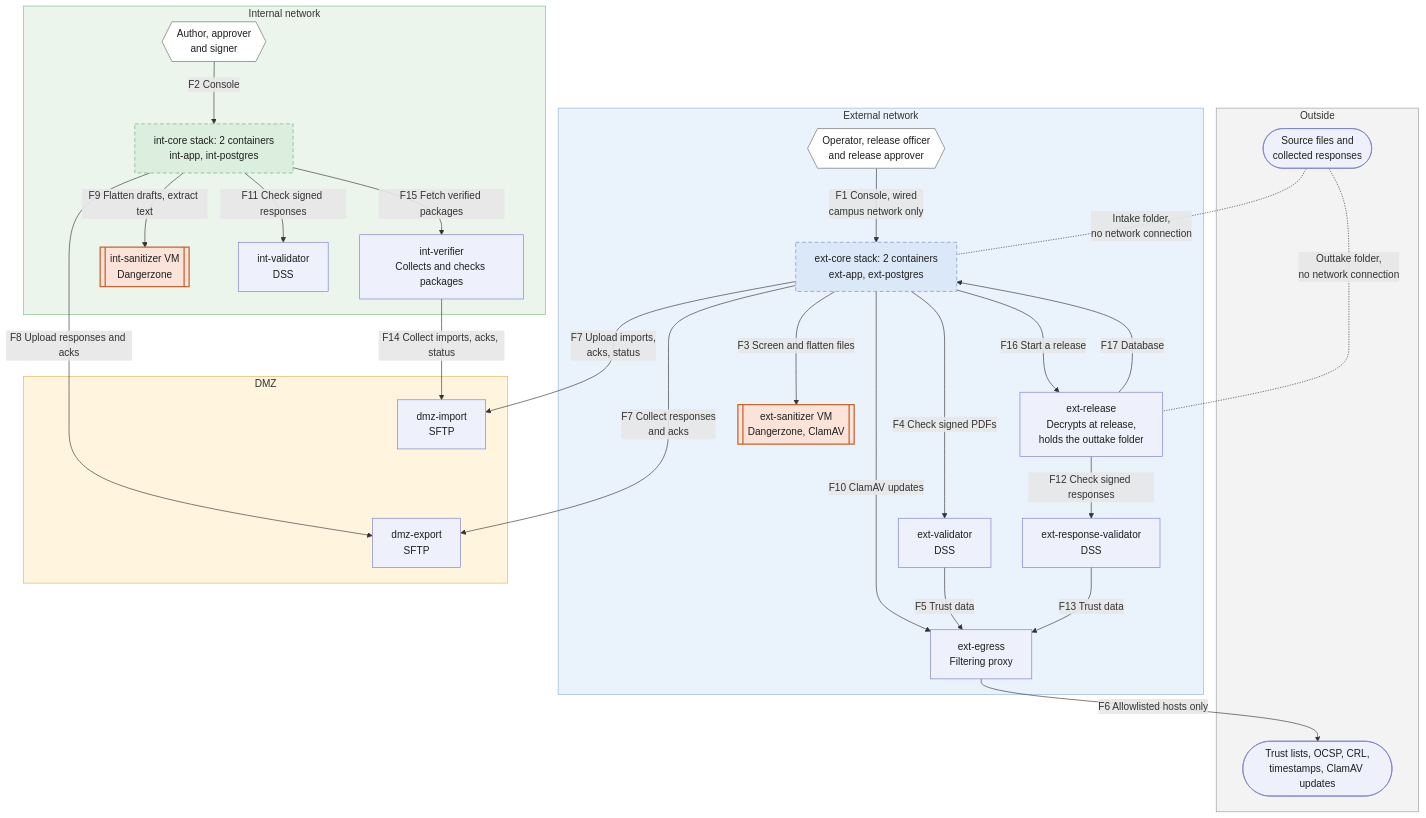
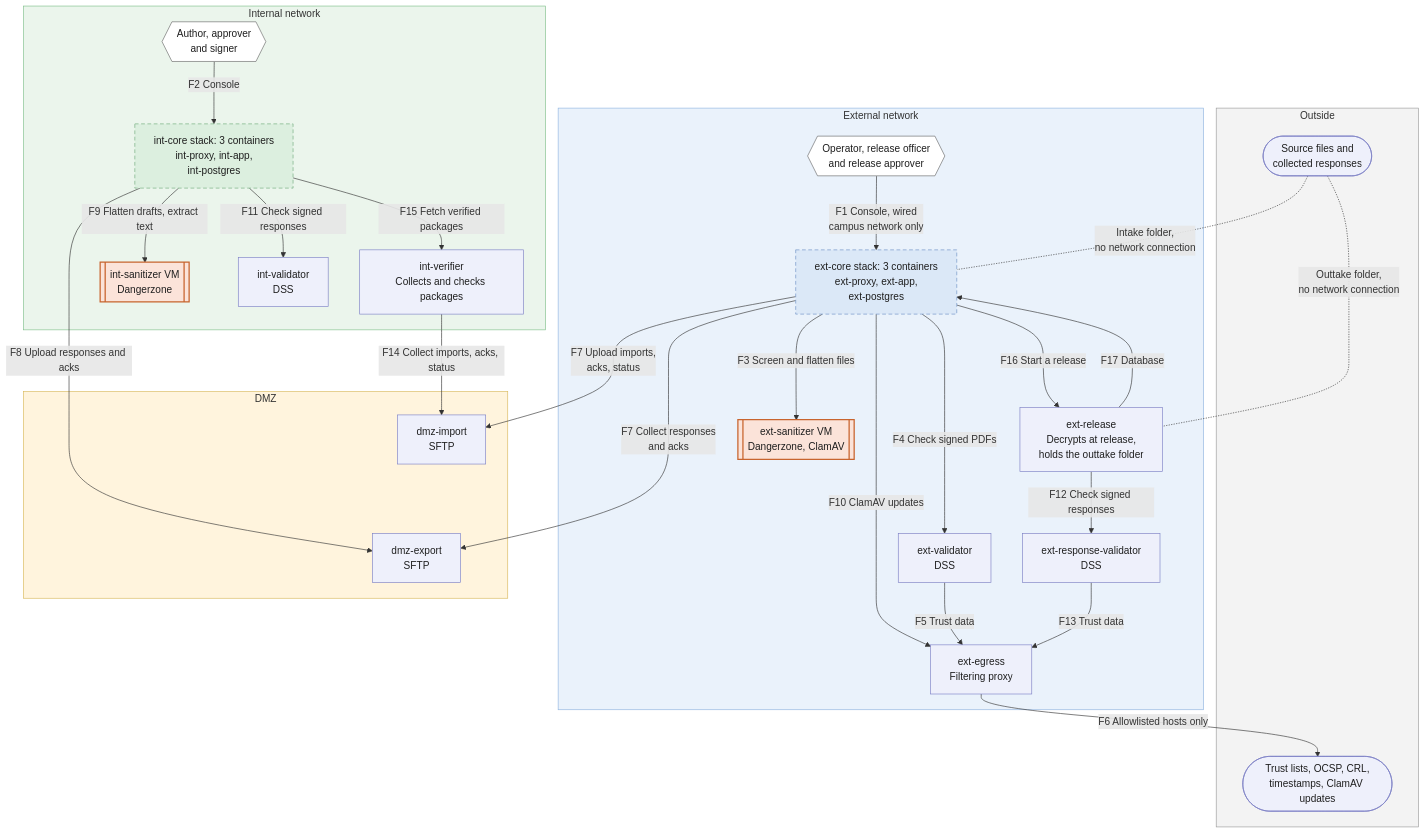
The eighth of 8 diagrams in document-exchange-mvp-technical-documentation.md (tgivslife/dxg-document-gateway), drawn with Mermaid before and after one commit. The commit also changed other lines of this file and 6 other files, not shown here.

````diff
--- a/document-exchange-mvp-technical-documentation.md
+++ b/document-exchange-mvp-technical-documentation.md
@@ -610,77 +614,77 @@
 ```mermaid
 flowchart TB
     accDescr: Complete POC architecture showing every container, VM and allowed connection
     %% Each arrow points from the side that opens the connection.
     %% Edge labels start with the flow ID from the matrix in section 5.1.
     %% Solid box: container. Dashed box: stack. Double side borders: VM.
     %% Rounded box: outside service. Hexagon: people using a console.
 
     subgraph OUT["Outside"]
         FILES(["Source files and<br/>collected responses"])
         TRUST(["Trust lists, OCSP, CRL,<br/>timestamps, ClamAV updates"])
     end
 
     subgraph EXT["External network"]
         EXTUSERS{{"Operator, release officer<br/>and release approver"}}
-        EXTCORE["ext-core stack: 2 containers<br/>ext-app, ext-postgres"]
+        EXTCORE["ext-core stack: 3 containers<br/>ext-proxy, ext-app,<br/>ext-postgres"]
         EXTREL["ext-release<br/>Decrypts at release,<br/>holds the outtake folder"]
         EXTSAN[["ext-sanitizer VM<br/>Dangerzone, ClamAV"]]
         EXTVAL["ext-validator<br/>DSS"]
         RESPVAL["ext-response-validator<br/>DSS"]
         EGRESS["ext-egress<br/>Filtering proxy"]
     end
 
     subgraph DMZ["DMZ"]
         DMZI["dmz-import<br/>SFTP"]
         DMZE["dmz-export<br/>SFTP"]
     end
 
     subgraph INT["Internal network"]
         INTUSERS{{"Author, approver<br/>and signer"}}
-        INTCORE["int-core stack: 2 containers<br/>int-app, int-postgres"]
+        INTCORE["int-core stack: 3 containers<br/>int-proxy, int-app,<br/>int-postgres"]
         INTVER["int-verifier<br/>Collects and checks packages"]
         INTSAN[["int-sanitizer VM<br/>Dangerzone"]]
         INTVAL["int-validator<br/>DSS"]
     end
 
     FILES -.-|"Intake folder,<br/>no network connection"| EXTCORE
     FILES -.-|"Outtake folder,<br/>no network connection"| EXTREL
     EXTUSERS -->|"F1 Console, wired<br/>campus network only"| EXTCORE
     EXTCORE -->|"F3 Screen and flatten files"| EXTSAN
     EXTCORE -->|"F4 Check signed PDFs"| EXTVAL
     EXTCORE -->|"F16 Start a release"| EXTREL
     EXTREL -->|"F17 Database"| EXTCORE
     EXTREL -->|"F12 Check signed responses"| RESPVAL
     EXTCORE -->|"F10 ClamAV updates"| EGRESS
     EXTVAL -->|"F5 Trust data"| EGRESS
     RESPVAL -->|"F13 Trust data"| EGRESS
     EGRESS -->|"F6 Allowlisted hosts only"| TRUST
     EXTCORE -->|"F7 Upload imports,<br/>acks, status"| DMZI
     EXTCORE -->|"F7 Collect responses<br/>and acks"| DMZE
     INTVER -->|"F14 Collect imports, acks, status"| DMZI
     INTCORE -->|"F15 Fetch verified packages"| INTVER
     INTCORE -->|"F8 Upload responses and acks"| DMZE
     INTUSERS -->|"F2 Console"| INTCORE
     INTCORE -->|"F9 Flatten drafts, extract text"| INTSAN
     INTCORE -->|"F11 Check signed responses"| INTVAL
 
     %% Layout only: stack the DMZ hosts so that no edge runs between them.
     DMZI ~~~ DMZE
 
     classDef container fill:#eef0fb,stroke:#7b7fc4,color:#1f1f1f
     classDef extStack fill:#dbe8f7,stroke:#6b8fc4,stroke-dasharray:6 4,color:#1f1f1f
     classDef intStack fill:#dcefdf,stroke:#6fa97a,stroke-dasharray:6 4,color:#1f1f1f
     classDef vm fill:#fbe3d9,stroke:#c8642e,stroke-width:2px,color:#1f1f1f
     classDef service fill:#eef0fb,stroke:#7b7fc4,color:#1f1f1f
     classDef people fill:#ffffff,stroke:#666666,color:#1f1f1f
     class EXTVAL,RESPVAL,EGRESS,DMZI,DMZE,INTVAL,INTVER,EXTREL container
     class EXTCORE extStack
     class INTCORE intStack
     class EXTSAN,INTSAN vm
     class FILES,TRUST service
     class EXTUSERS,INTUSERS people
     style OUT fill:#f3f3f3,stroke:#9a9a9a
     style EXT fill:#eaf2fb,stroke:#8fb4e0
     style DMZ fill:#fff4dd,stroke:#d8b85a
     style INT fill:#ebf5ec,stroke:#7fbf8a
 ```
````
